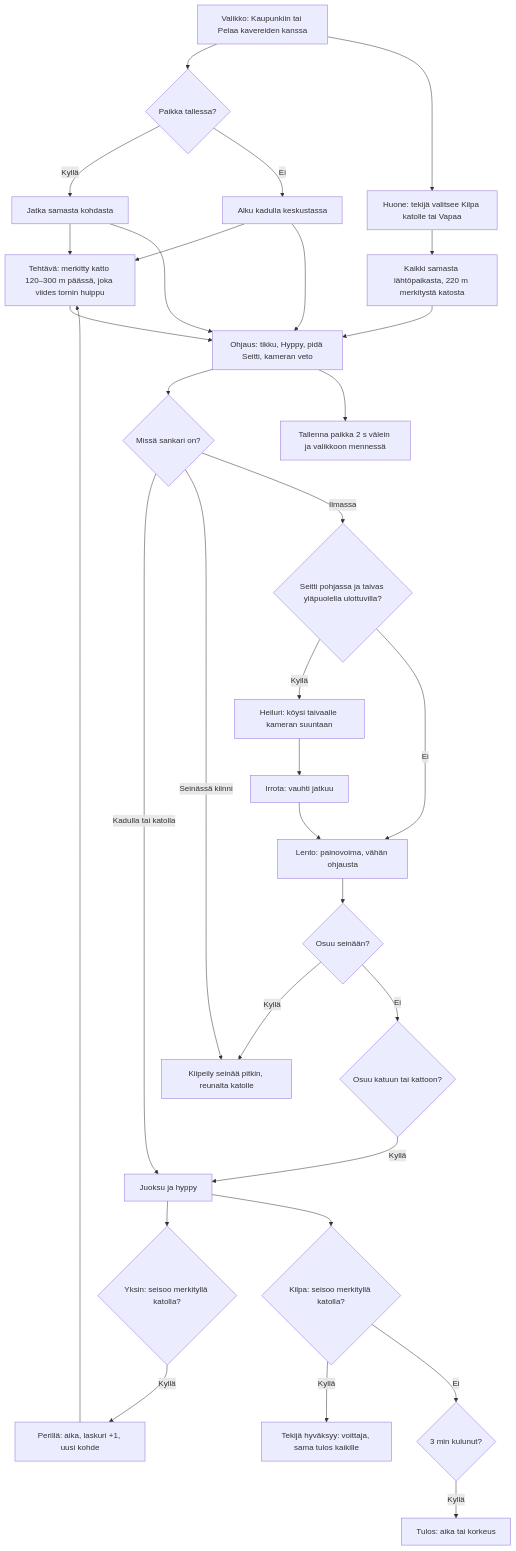
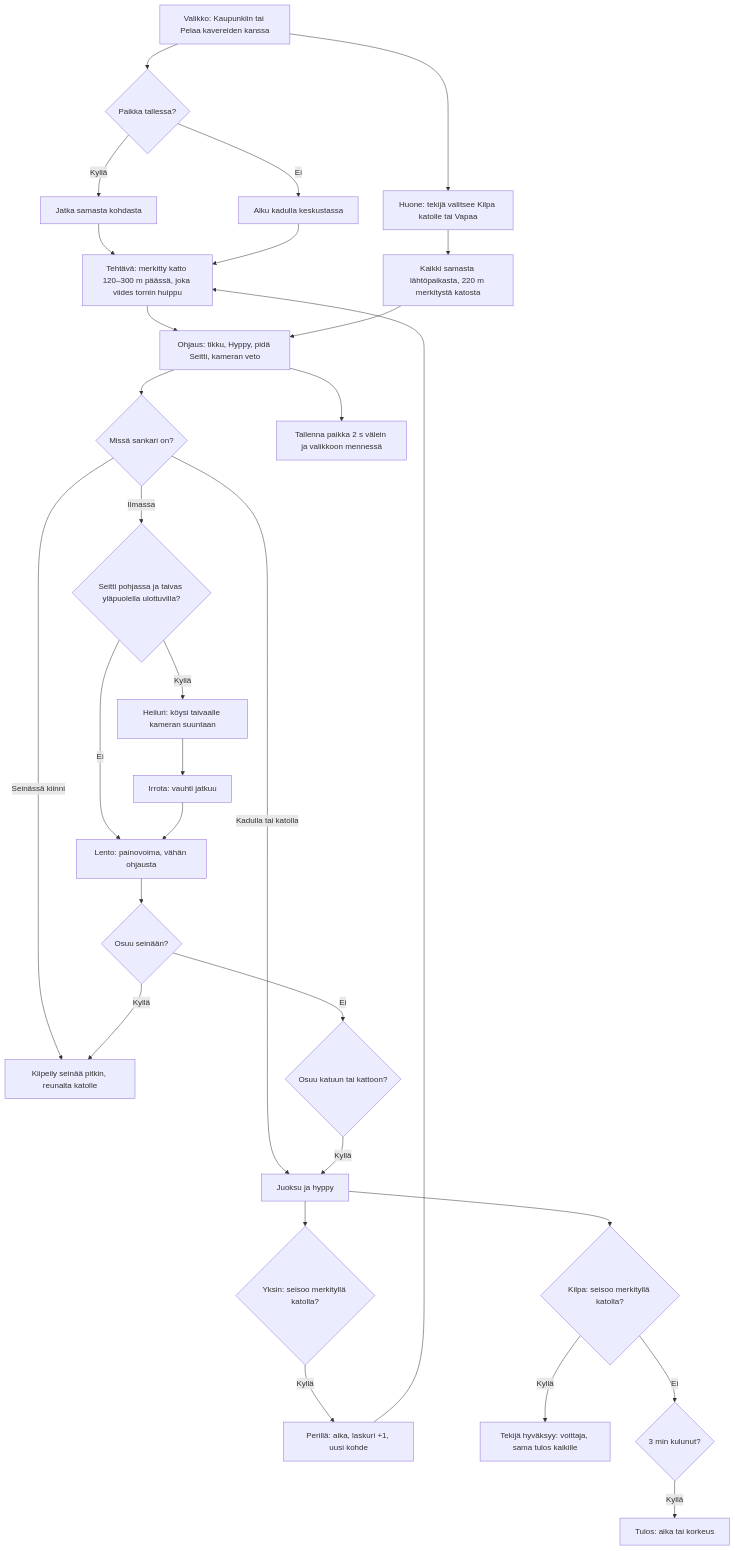
The diagram in docs/diagrams/seittisankari.md (eerovil/ai-pelit), drawn with Mermaid before and after one commit.

Commit message:
Seittisankari v2 diagram: solo play goes through the marked roof only (#529)

````diff
--- a/docs/diagrams/seittisankari.md
+++ b/docs/diagrams/seittisankari.md
@@ -5,40 +5,38 @@
 ```mermaid
 flowchart TD
     A[Valikko: Kaupunkiin tai Pelaa kavereiden kanssa] --> B{Paikka tallessa?}
     B -- Kyllä --> C[Jatka samasta kohdasta]
     B -- Ei --> D[Alku kadulla keskustassa]
     C --> Y
     D --> Y[Tehtävä: merkitty katto 120–300 m päässä, joka viides tornin huippu]
-    Y --> E
-    C --> E
-    D --> E[Ohjaus: tikku, Hyppy, pidä Seitti, kameran veto]
+    Y --> E[Ohjaus: tikku, Hyppy, pidä Seitti, kameran veto]
     E --> F{Missä sankari on?}
     F -- Kadulla tai katolla --> G[Juoksu ja hyppy]
     F -- Seinässä kiinni --> H[Kiipeily seinää pitkin, reunalta katolle]
     F -- Ilmassa --> I{Seitti pohjassa ja taivas yläpuolella ulottuvilla?}
     I -- Kyllä --> J[Heiluri: köysi taivaalle kameran suuntaan]
     I -- Ei --> K[Lento: painovoima, vähän ohjausta]
     J --> L[Irrota: vauhti jatkuu]
     L --> K
     K --> M{Osuu seinään?}
     M -- Kyllä --> H
     M -- Ei --> N{Osuu katuun tai kattoon?}
     N -- Kyllä --> G
     E --> T[Tallenna paikka 2 s välein ja valikkoon mennessä]
     A --> R[Huone: tekijä valitsee Kilpa katolle tai Vapaa]
     R --> S[Kaikki samasta lähtöpaikasta, 220 m merkitystä katosta]
     S --> E
     G --> Z{Yksin: seisoo merkityllä katolla?}
     Z -- Kyllä --> ZA[Perillä: aika, laskuri +1, uusi kohde]
     ZA --> Y
     G --> U{Kilpa: seisoo merkityllä katolla?}
     U -- Kyllä --> V[Tekijä hyväksyy: voittaja, sama tulos kaikille]
     U -- Ei --> W{3 min kulunut?}
     W -- Kyllä --> X[Tulos: aika tai korkeus]
     class A,B,C,D blue
     class Y,Z,ZA rose
     class E,G,H violet
     class I,J,K,L,M,N teal
     class R,S,U,V,W,X green
     class T amber
 ```
````
